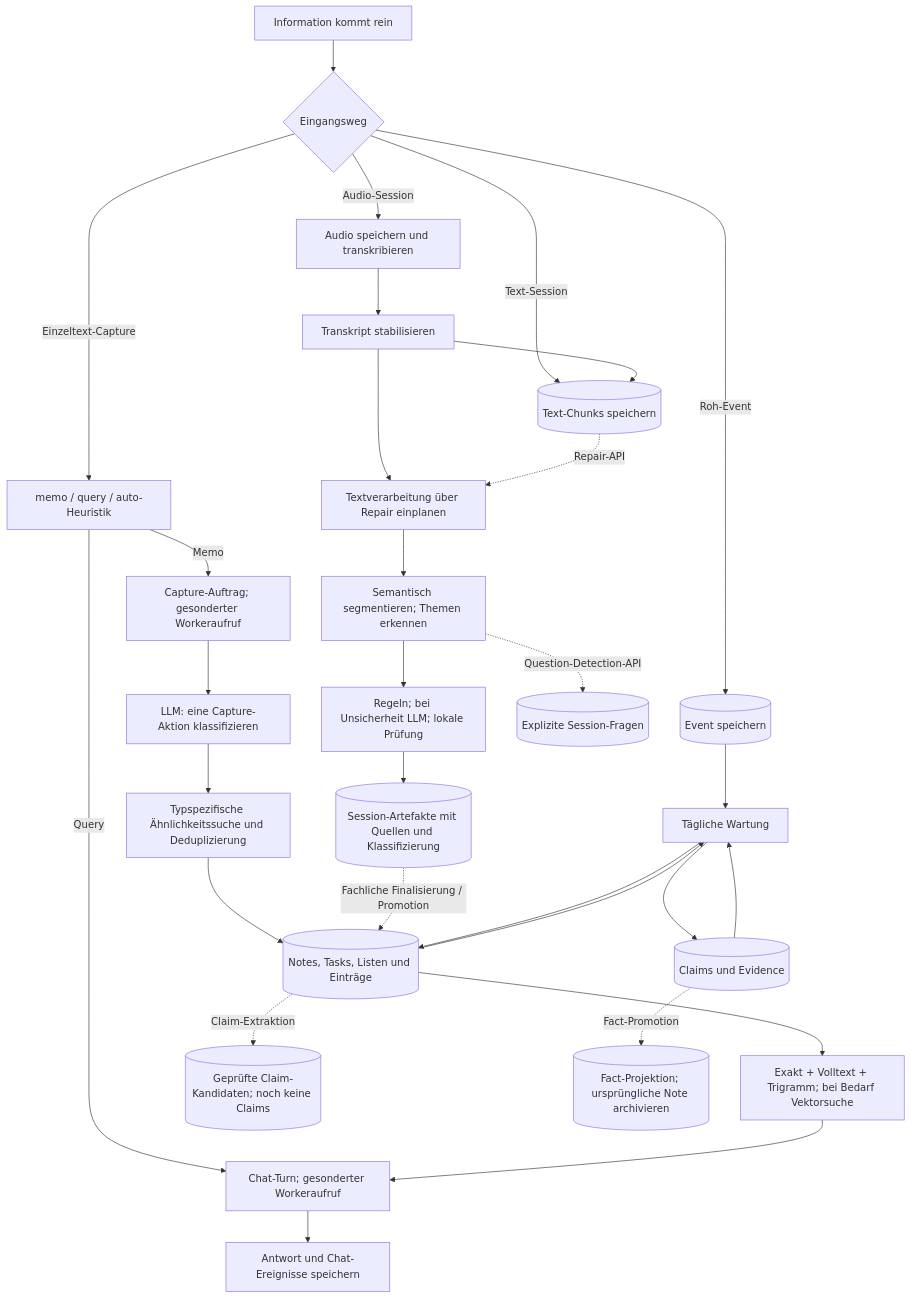
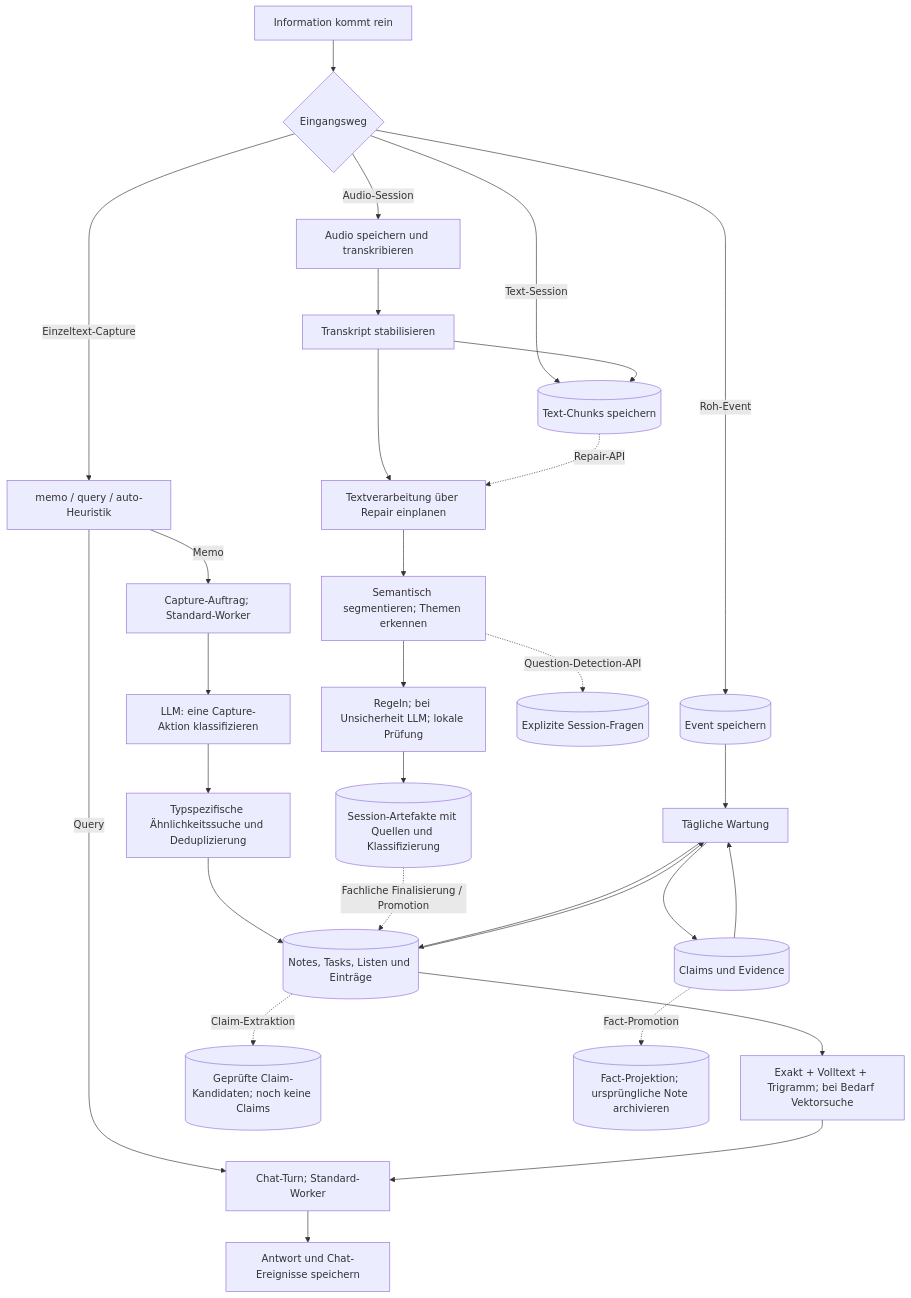
Before and after one commit to hilarius-lab/stoa: the second of 5 diagrams in BACKEND_LOGIK.md, drawn with Mermaid. The commit also changed other lines of this file and 41 other files, not shown here.

````diff
--- a/BACKEND_LOGIK.md
+++ b/BACKEND_LOGIK.md
@@ -92,33 +92,33 @@
 ```mermaid
 flowchart TB
     IN["Information kommt rein"] --> KIND{"Eingangsweg"}
     KIND -->|Roh-Event| EV[("Event speichern")]
     KIND -->|Einzeltext-Capture| AUTO["memo / query / auto-Heuristik"]
     KIND -->|Audio-Session| STT["Audio speichern und transkribieren"]
     KIND -->|Text-Session| CH[("Text-Chunks speichern")]
     STT --> STABLE["Transkript stabilisieren"]
     STABLE --> CH
     STABLE --> REPAIR["Textverarbeitung über Repair einplanen"]
     CH -.->|Repair-API| REPAIR
     REPAIR --> SEG["Semantisch segmentieren; Themen erkennen"]
     SEG --> AR["Regeln; bei Unsicherheit LLM; lokale Prüfung"]
     AR --> ART[("Session-Artefakte mit Quellen und Klassifizierung")]
-    AUTO -->|Memo| CAP["Capture-Auftrag; gesonderter Workeraufruf"]
+    AUTO -->|Memo| CAP["Capture-Auftrag; Standard-Worker"]
     CAP --> CLASS["LLM: eine Capture-Aktion klassifizieren"]
     CLASS --> DD["Typspezifische Ähnlichkeitssuche und Deduplizierung"]
     DD --> KNOW[("Notes, Tasks, Listen und Einträge")]
-    AUTO -->|Query| CHAT["Chat-Turn; gesonderter Workeraufruf"]
+    AUTO -->|Query| CHAT["Chat-Turn; Standard-Worker"]
     ART -.->|Fachliche Finalisierung / Promotion| KNOW
     KNOW --> SEARCH["Exakt + Volltext + Trigramm; bei Bedarf Vektorsuche"]
     SEARCH --> CHAT
     CHAT --> ANSWER["Antwort und Chat-Ereignisse speichern"]
     SEG -.->|Question-Detection-API| Q[("Explizite Session-Fragen")]
     KNOW -.->|Claim-Extraktion| CC[("Geprüfte Claim-Kandidaten; noch keine Claims")]
     CLAIM[("Claims und Evidence")]
     CLAIM -.->|Fact-Promotion| FACT[("Fact-Projektion; ursprüngliche Note archivieren")]
     EV --> NIGHT["Tägliche Wartung"]
     KNOW --> NIGHT
     CLAIM --> NIGHT
     NIGHT --> KNOW
     NIGHT --> CLAIM
 ```
````
